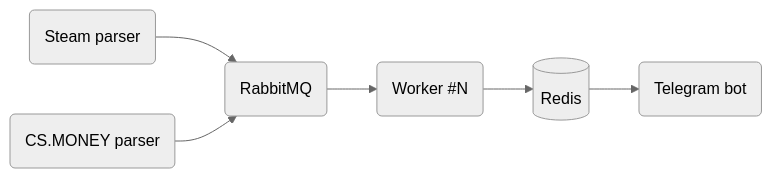
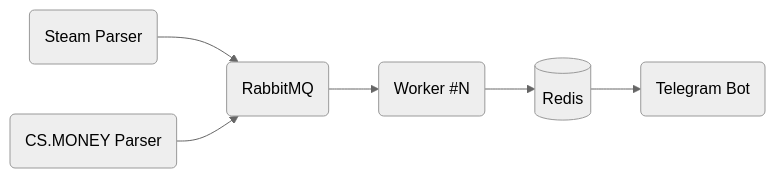
One commit to Soniclev/steam_csmoney changed the diagram in README.md. Above: the diagram before and after it, drawn with Mermaid (neutral theme). The commit also changed other lines of this file, not shown here.

````diff
--- a/README.md
+++ b/README.md
@@ -22,10 +22,10 @@
 ```mermaid
 graph LR;
-    steam_parser(Steam parser)-->rabbitmq;
-    csmoney_parser(CS.MONEY parser)-->rabbitmq;
+    steam_parser(Steam Parser)-->rabbitmq;
+    csmoney_parser(CS.MONEY Parser)-->rabbitmq;
     rabbitmq(RabbitMQ);
     rabbitmq-->worker;
     worker(Worker #N)-->Redis;
     Redis[(Redis)];
-    Redis-->bot(Telegram bot);
+    Redis-->bot(Telegram Bot);
 ```
````
